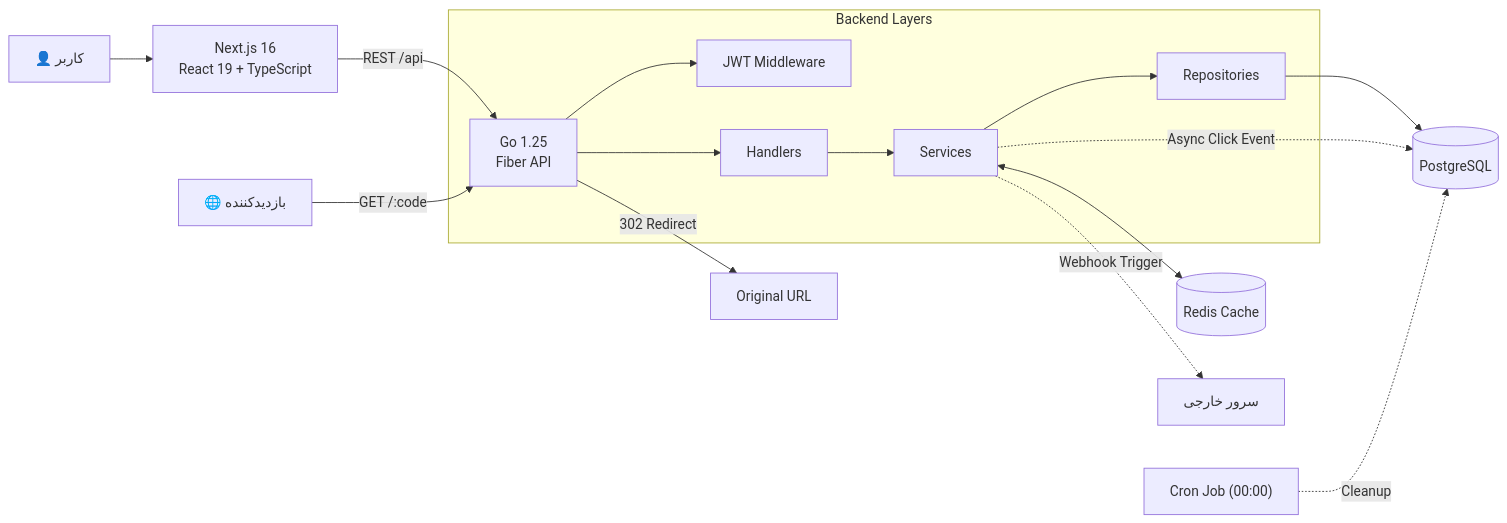
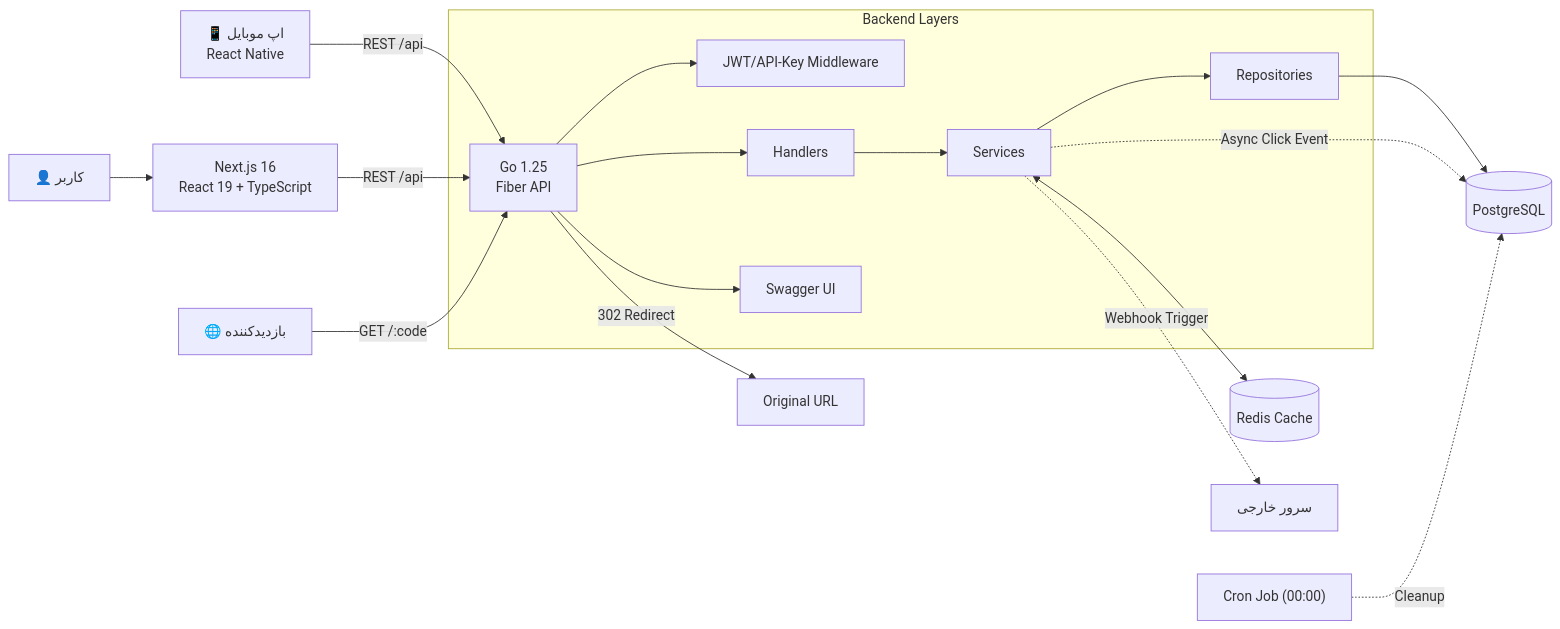
Before and after one commit to AmirMotefaker/LinkResan: the first of 2 diagrams in README.md, drawn with Mermaid. The commit also changed other lines of this file, not shown here.

Commit message:
Docs: Update README to v5.1.0 (Mobile App, Dark Mode, API Keys, Swagger)

````diff
--- a/README.md
+++ b/README.md
@@ -212,23 +217,25 @@
 ```mermaid
 flowchart LR
     USER["👤 کاربر"] --> WEB["Next.js 16<br/>React 19 + TypeScript"]
-    WEB -->|"REST /api"| API["Go 1.25<br/>Fiber API"]
+    MOBILE["📱 اپ موبایل<br/>React Native"] -->|"REST /api"| API["Go 1.25<br/>Fiber API"]
+    WEB -->|"REST /api"| API
 
     subgraph BACKEND["Backend Layers"]
-        API --> AUTH["JWT Middleware"]
+        API --> AUTH["JWT/API-Key Middleware"]
         API --> HANDLER["Handlers"]
+        API --> DOCS["Swagger UI"]
         HANDLER --> SERVICE["Services"]
         SERVICE --> REPO["Repositories"]
     end
 
     REPO --> PG[("PostgreSQL")]
     SERVICE <--> REDIS[("Redis Cache")]
 
     SERVICE -. "Async Click Event" .-> PG
     SERVICE -. "Webhook Trigger" .-> EXT["سرور خارجی"]
     
     CRON["Cron Job (00:00)"] -. "Cleanup" .-> PG
 
     VISITOR["🌐 بازدیدکننده"] -->|"GET /:code"| API
     API -->|"302 Redirect"| TARGET["Original URL"]
 ```
````
